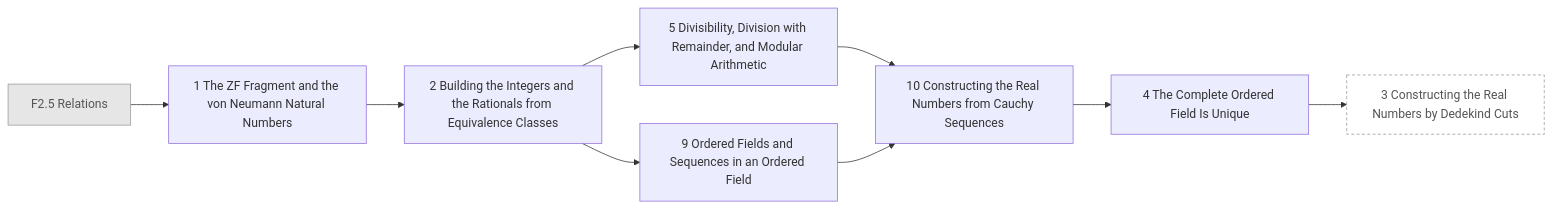
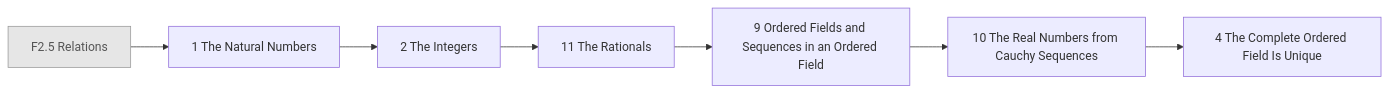
The diagram in generated/chapters/F3.mmd (AkizumiFox/math-atlas), drawn with Mermaid before and after one commit. The commit also changed 14 other files, not shown here.

```diff
--- a/generated/chapters/F3.mmd
+++ b/generated/chapters/F3.mmd
@@ -1,20 +1,17 @@
 flowchart LR
   F2_5["F2.5 Relations"]:::ext
-  F3_1["1 The ZF Fragment and the von Neumann Natural Numbers"]
-  F3_2["2 Building the Integers and the Rationals from Equivalence Classes"]
-  F3_5["5 Divisibility, Division with Remainder, and Modular Arithmetic"]
+  F3_1["1 The Natural Numbers"]
+  F3_2["2 The Integers"]
+  F3_11["11 The Rationals"]
   F3_9["9 Ordered Fields and Sequences in an Ordered Field"]
-  F3_10["10 Constructing the Real Numbers from Cauchy Sequences"]
+  F3_10["10 The Real Numbers from Cauchy Sequences"]
   F3_4["4 The Complete Ordered Field Is Unique"]
-  F3_3["3 Constructing the Real Numbers by Dedekind Cuts"]:::opt
   F2_5 --> F3_1
   F3_1 --> F3_2
-  F3_2 --> F3_5
-  F3_2 --> F3_9
-  F3_5 --> F3_10
+  F3_2 --> F3_11
+  F3_11 --> F3_9
   F3_9 --> F3_10
   F3_10 --> F3_4
-  F3_4 --> F3_3
   classDef ext fill:#e6e6e6,stroke:#999,color:#555
   classDef opt fill:#fff,stroke:#999,stroke-dasharray:4 3,color:#555
   classDef segb fill:#f6f6fb,stroke:#99a,color:#333
```
